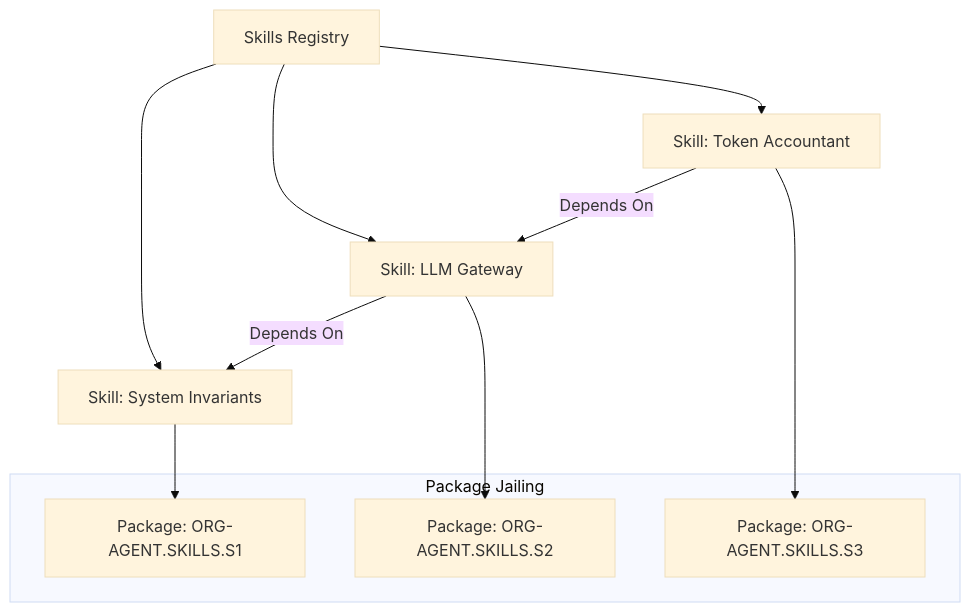
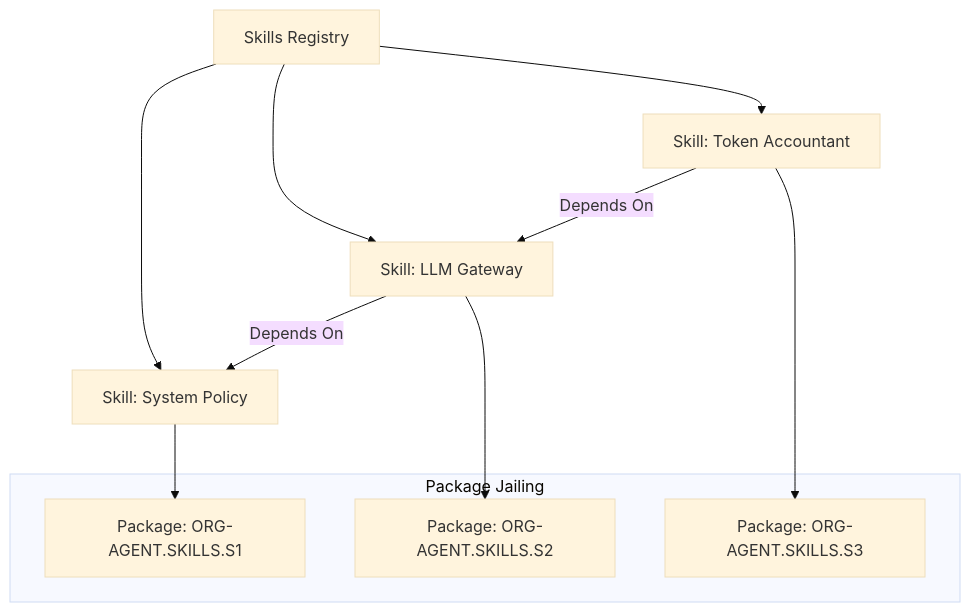
Before and after one commit to amrgharbeia/opencortex: the first of 2 diagrams in literate/skills.org, drawn with Mermaid (base theme). The commit also changed other lines of this file and 51 other files, not shown here.

Commit message:
REFACTOR: Explanatory Core Architecture & Terminology Alignment

```diff
--- a/literate/skills.org
+++ b/literate/skills.org
@@ -20,18 +20,18 @@
 #+begin_src mermaid
 flowchart TD
-    Registry[Skills Registry] --> S1[Skill: System Invariants]
+    Registry[Skills Registry] --> S1[Skill: System Policy]
     Registry --> S2[Skill: LLM Gateway]
     Registry --> S3[Skill: Token Accountant]
     S2 -- Depends On --> S1
     S3 -- Depends On --> S2
     
     subgraph Jailing[Package Jailing]
         P1[Package: ORG-AGENT.SKILLS.S1]
         P2[Package: ORG-AGENT.SKILLS.S2]
         P3[Package: ORG-AGENT.SKILLS.S3]
     end
     
     S1 --> P1
     S2 --> P2
     S3 --> P3
 #+end_src
```
